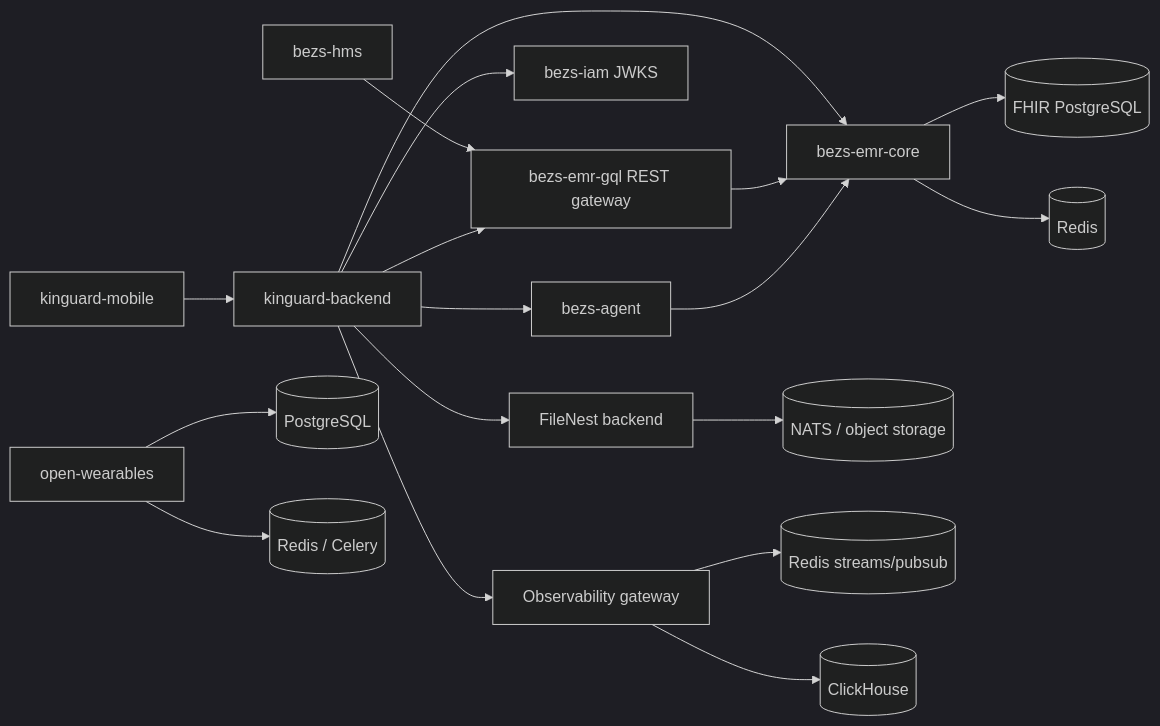
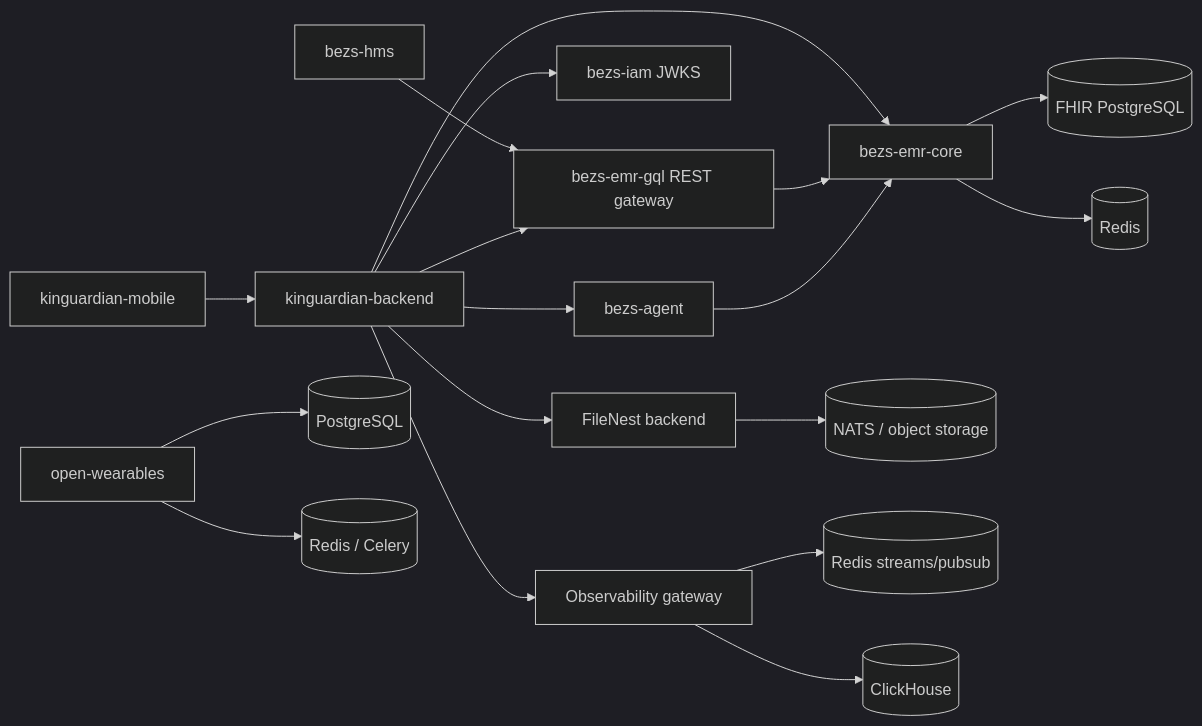
One commit to OpenHealthAgents/kinguardian-platform changed the diagram in DEPENDENCY_MAP.md. Above: the diagram before and after it, drawn with Mermaid (dark theme). The commit also changed other lines of this file and 188 other files, not shown here.

Commit message:
feat(branding): finalize KinGuardian rename across all architecture docs, tests, and configs

````diff
--- a/DEPENDENCY_MAP.md
+++ b/DEPENDENCY_MAP.md
@@ -5,20 +5,20 @@
 ```mermaid
 flowchart LR
-  Mobile[kinguard-mobile] --> KB[kinguard-backend]
+  Mobile[kinguardian-mobile] --> KB[kinguardian-backend]
   HMS[bezs-hms] --> GQL[bezs-emr-gql REST gateway]
   KB --> IAM[bezs-iam JWKS]
   KB --> EMR[bezs-emr-core]
   KB --> GQL
   KB --> FN[FileNest backend]
   KB --> Agent[bezs-agent]
   KB --> Obs[Observability gateway]
   GQL --> EMR
   Agent --> EMR
   EMR --> FPG[(FHIR PostgreSQL)]
   EMR --> Redis[(Redis)]
   FN --> NATS[(NATS / object storage)]
   Wear[open-wearables] --> WPG[(PostgreSQL)]
   Wear --> WRedis[(Redis / Celery)]
   Obs --> ORedis[(Redis streams/pubsub)]
   Obs --> CH[(ClickHouse)]
 ```
````
